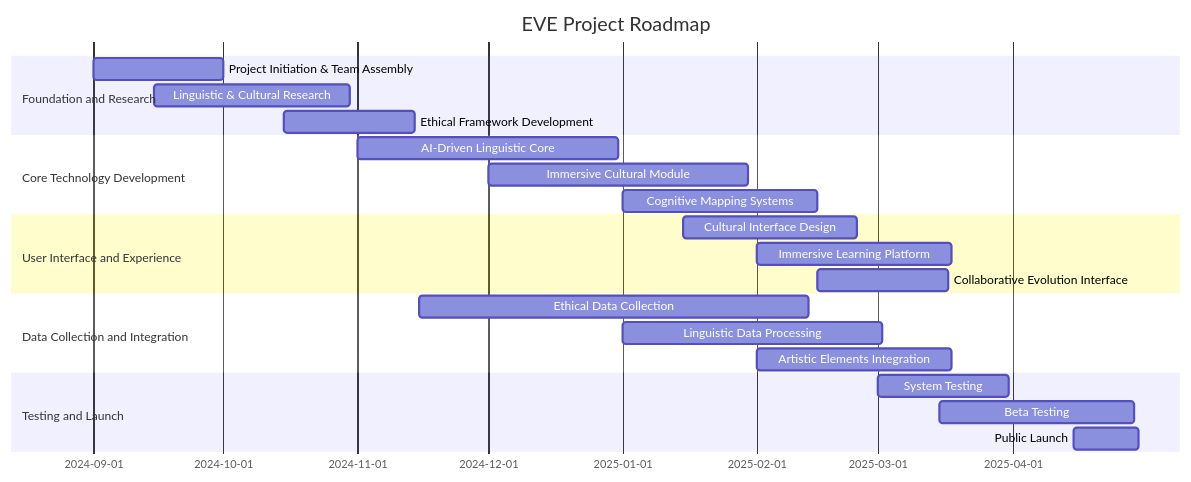
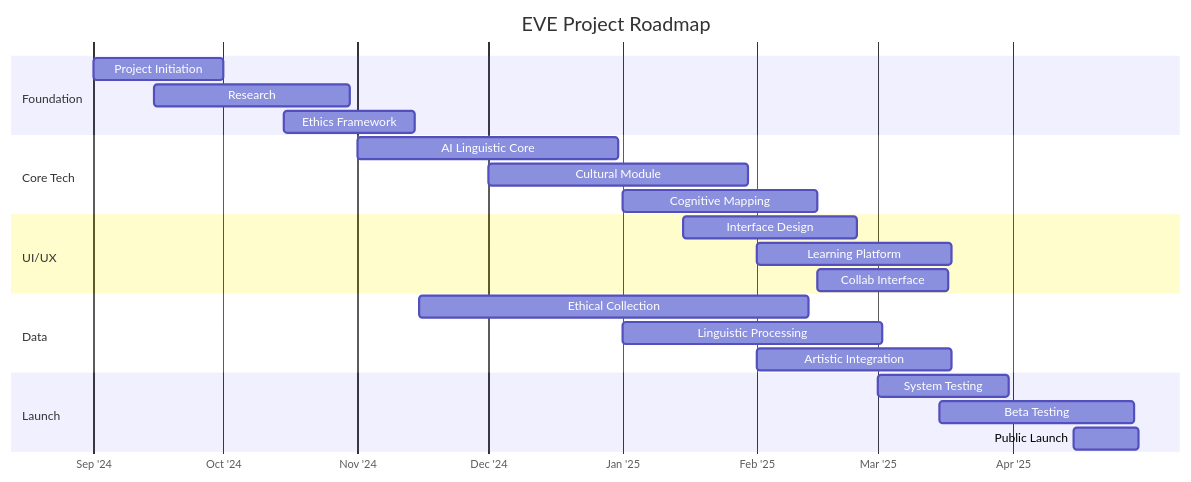
One commit to Git-Fg/Eve_Project changed the diagram in GanttChart.md. Above: the diagram before and after it, drawn with Mermaid.

````diff
--- a/GanttChart.md
+++ b/GanttChart.md
@@ -3,25 +3,32 @@
 ```mermaid
 gantt
     title EVE Project Roadmap
-    dateFormat  YYYY-MM-DD
-    section Foundation and Research
-    Project Initiation & Team Assembly: 2024-09-01, 30d
-    Linguistic & Cultural Research: 2024-09-15, 45d
-    Ethical Framework Development: 2024-10-15, 30d
-    section Core Technology Development
-    AI-Driven Linguistic Core: 2024-11-01, 60d
-    Immersive Cultural Module: 2024-12-01, 60d
-    Cognitive Mapping Systems: 2025-01-01, 45d
-    section User Interface and Experience
-    Cultural Interface Design: 2025-01-15, 40d
-    Immersive Learning Platform: 2025-02-01, 45d
-    Collaborative Evolution Interface: 2025-02-15, 30d
-    section Data Collection and Integration
-    Ethical Data Collection: 2024-11-15, 90d
-    Linguistic Data Processing: 2025-01-01, 60d
-    Artistic Elements Integration: 2025-02-01, 45d
-    section Testing and Launch
+    dateFormat YYYY-MM-DD
+    axisFormat %b '%y
+    tickInterval 1month
+
+    section Foundation
+    Project Initiation: 2024-09-01, 30d
+    Research: 2024-09-15, 45d
+    Ethics Framework: 2024-10-15, 30d
+
+    section Core Tech
+    AI Linguistic Core: 2024-11-01, 60d
+    Cultural Module: 2024-12-01, 60d
+    Cognitive Mapping: 2025-01-01, 45d
+
+    section UI/UX
+    Interface Design: 2025-01-15, 40d
+    Learning Platform: 2025-02-01, 45d
+    Collab Interface: 2025-02-15, 30d
+
+    section Data
+    Ethical Collection: 2024-11-15, 90d
+    Linguistic Processing: 2025-01-01, 60d
+    Artistic Integration: 2025-02-01, 45d
+
+    section Launch
     System Testing: 2025-03-01, 30d
     Beta Testing: 2025-03-15, 45d
     Public Launch: 2025-04-15, 15d
 ```
````
